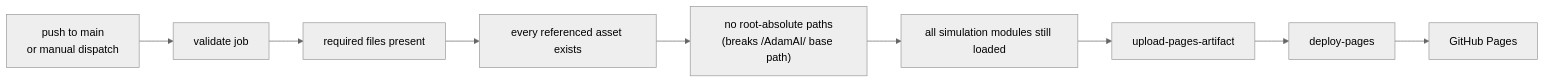
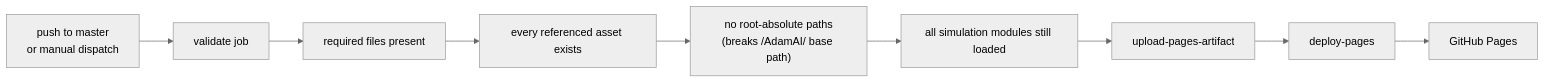
One commit to PyDeV1OpEr/AdamAI changed the third of 3 diagrams in README.md. Above: the diagram before and after it, drawn with Mermaid (neutral theme). The commit also changed other lines of this file and 9 other files, not shown here.

````diff
--- a/README.md
+++ b/README.md
@@ -611,11 +622,11 @@
 ```mermaid
 flowchart LR
-    PUSH["push to main<br/>or manual dispatch"] --> V["validate job"]
+    PUSH["push to master<br/>or manual dispatch"] --> V["validate job"]
     V --> V1["required files present"]
     V1 --> V2["every referenced asset exists"]
     V2 --> V3["no root-absolute paths<br/>(breaks /AdamAI/ base path)"]
     V3 --> V4["all simulation modules still loaded"]
     V4 --> U["upload-pages-artifact"]
     U --> D["deploy-pages"]
     D --> LIVE["GitHub Pages"]
 ```
````
